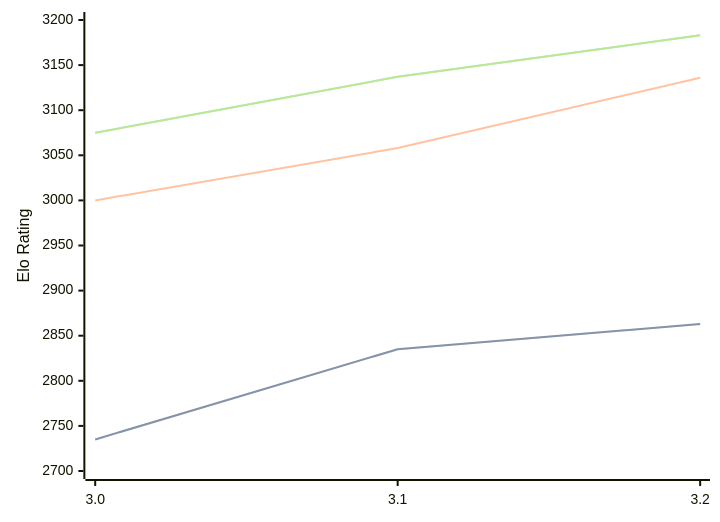
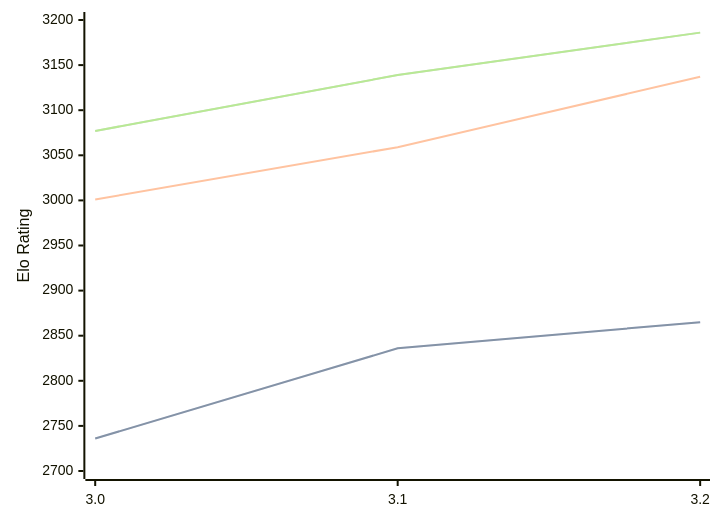
The diagram in engines/Vajolet2.md (computer-chess-index/cci), drawn with Mermaid before and after one commit. The commit also changed other lines of this file, not shown here.

Commit message:
Update CCI Ratings (ELO VLTC) - 2026-10-09

````diff
--- a/engines/Vajolet2.md
+++ b/engines/Vajolet2.md
@@ -33,11 +33,11 @@
 ```mermaid
 %%{init: {"theme":"base","themeVariables":{"seriesColors:['#a3a3a3','#222221','#faa371']}}}%%
 xychart-beta
   x-axis ["3.0", "3.1", "3.2"]
   y-axis "Elo Rating" 2700 --> 3200
-  line "" [2735, 2835, 2863]
-  line "STC (8.0+0.08s)" [2735, 2835, 2863]
-  line "LTC (60.0+0.60s)" [3000, 3058, 3136]
-  line "" [3075, 3137, 3183]
-  line "VLTC (2m24s+1.12s)" [3075, 3137, 3183]
+  line "" [2736, 2836, 2865]
+  line "STC (8.0+0.08s)" [2736, 2836, 2865]
+  line "LTC (60.0+0.60s)" [3001, 3059, 3137]
+  line "" [3077, 3139, 3186]
+  line "VLTC (2m24s+1.12s)" [3077, 3139, 3186]
 ```
````
